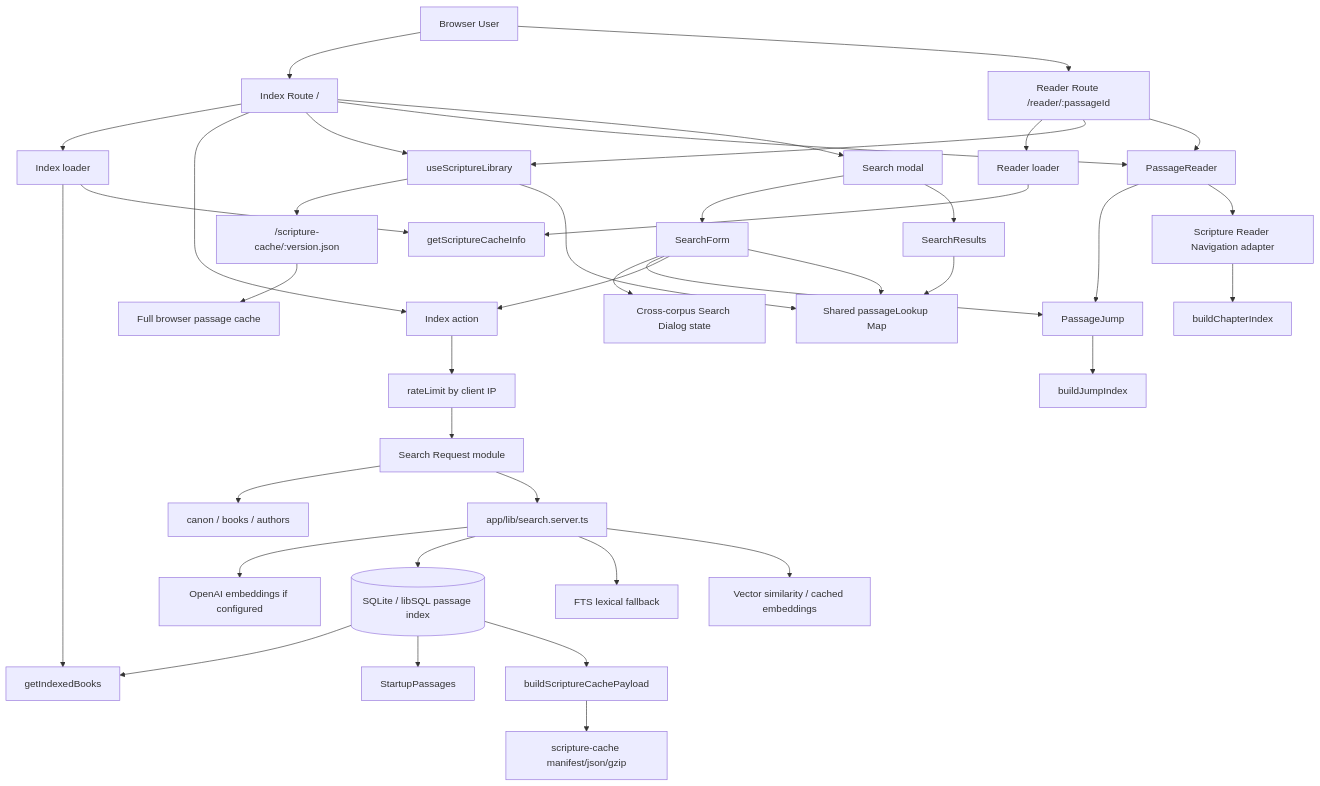
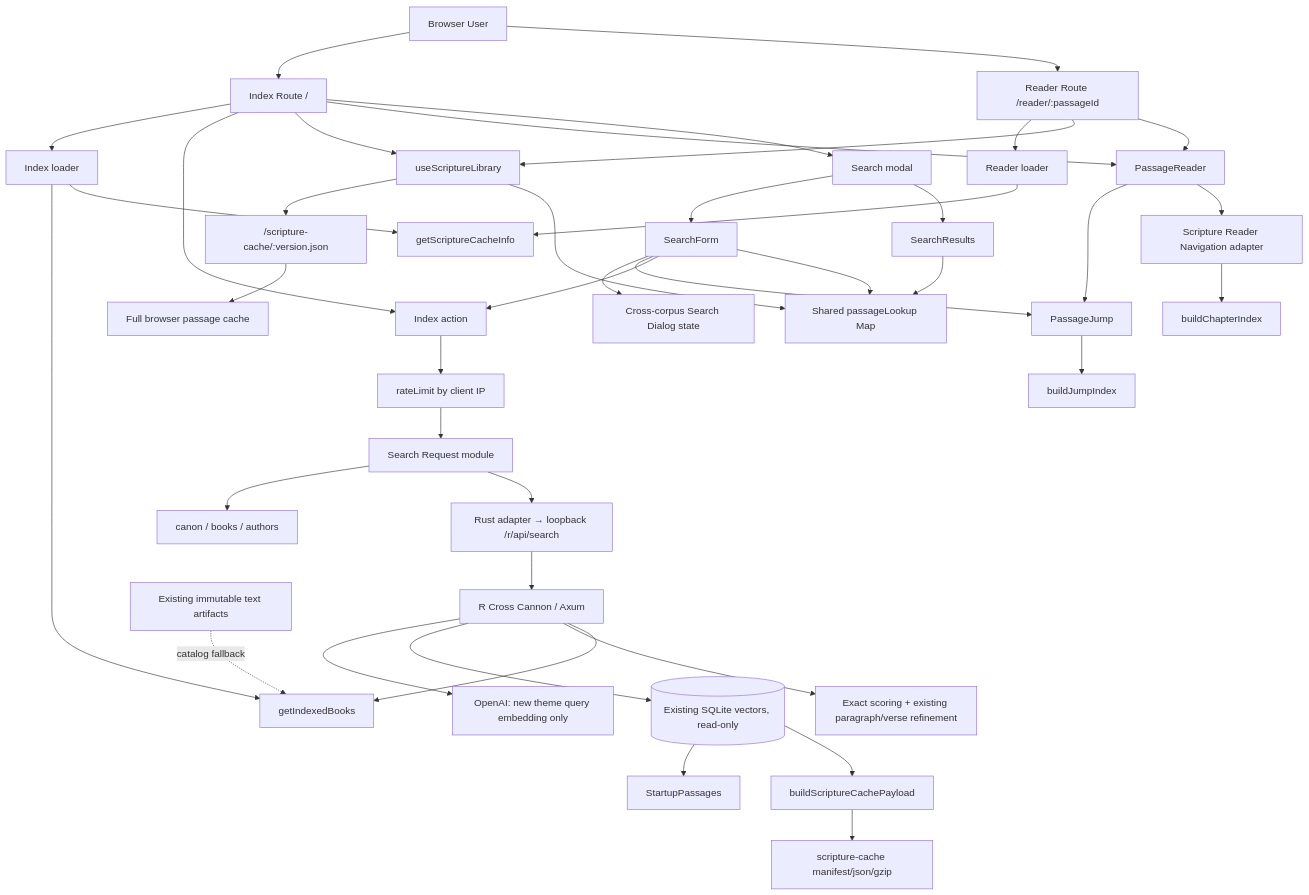
Before and after one commit to jacksonStone/cross-cannon: the first of 5 diagrams in docs/architecture.md, drawn with Mermaid. The commit also changed other lines of this file and 24 other files, not shown here.

Commit message:
Route web search through Rust API and compare runtimes

````diff
--- a/docs/architecture.md
+++ b/docs/architecture.md
@@ -29,52 +29,52 @@
 ```mermaid
 flowchart TD
   User["Browser User"] --> Root["Index Route /"]
   User --> ReaderRoute["Reader Route /reader/:passageId"]
 
   Root --> Loader[Index loader]
   Root --> Action[Index action]
   ReaderRoute --> ReaderLoader[Reader loader]
 
   Loader --> IndexedBooks[getIndexedBooks]
   Loader --> CacheInfo[getScriptureCacheInfo]
   ReaderLoader --> CacheInfo
 
   Root --> ScriptureLibrary[useScriptureLibrary]
   ReaderRoute --> ScriptureLibrary
 
   ScriptureLibrary --> BrowserCache["/scripture-cache/:version.json"]
   BrowserCache --> FullPassageCache["Full browser passage cache"]
   ScriptureLibrary --> PassageLookup["Shared passageLookup Map"]
 
   Root --> PassageReader[PassageReader]
   Root --> SearchModal[Search modal]
   ReaderRoute --> PassageReader
 
   SearchModal --> SearchForm[SearchForm]
   SearchModal --> SearchResults[SearchResults]
   SearchForm --> SearchDialogState[Cross-corpus Search Dialog state]
   PassageReader --> PassageJump[PassageJump]
   SearchForm --> PassageJump
 
   SearchForm --> Action
   SearchResults --> PassageLookup
   SearchForm --> PassageLookup
   PassageReader --> ScriptureNavigation[Scripture Reader Navigation adapter]
   ScriptureNavigation --> ChapterIndex[buildChapterIndex]
   PassageJump --> JumpIndex[buildJumpIndex]
 
   Action --> RateLimit[rateLimit by client IP]
   RateLimit --> SearchRequest[Search Request module]
   SearchRequest --> Filters[canon / books / authors]
-  SearchRequest --> SearchEngine["app/lib/search.server.ts"]
+  SearchRequest --> SearchEngine["Rust adapter → loopback /r/api/search"]
 
-  SearchEngine --> OpenAI["OpenAI embeddings if configured"]
-  SearchEngine --> DB[("SQLite / libSQL passage index")]
-  SearchEngine --> FTS["FTS lexical fallback"]
-  SearchEngine --> Vector["Vector similarity / cached embeddings"]
-
-  DB --> IndexedBooks
+  SearchEngine --> Rust["R Cross Cannon / Axum"]
+  Rust --> OpenAI["OpenAI: new theme query embedding only"]
+  Rust --> DB[("Existing SQLite vectors, read-only")]
+  Rust --> Vector["Exact scoring + existing paragraph/verse refinement"]
+  Rust --> IndexedBooks
+  TextArtifacts["Existing immutable text artifacts"] -. catalog fallback .-> IndexedBooks
   DB --> StartupPassages
   DB --> CacheBuild[buildScriptureCachePayload]
   CacheBuild --> StaticCache["scripture-cache manifest/json/gzip"]
 ```
````
